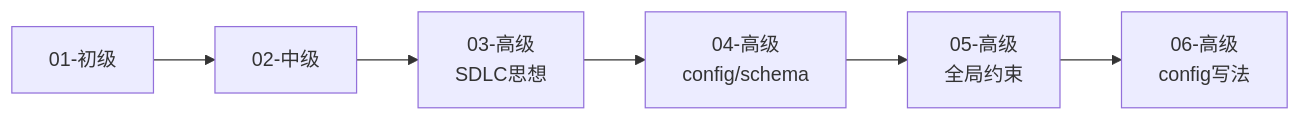
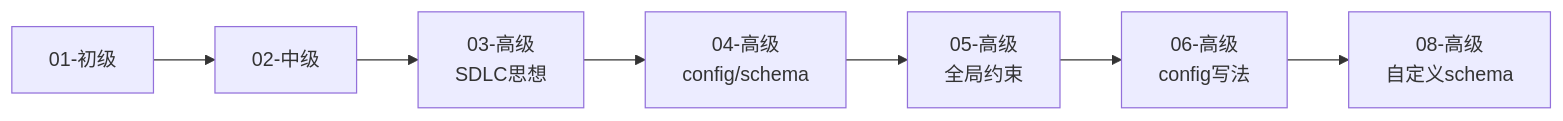
The second of 6 diagrams in _openspec_handbook/00-index.md (ethan-jiang-3/OpenSpec), drawn with Mermaid before and after one commit. The commit also changed other lines of this file and 1 other file, not shown here.

````diff
--- a/_openspec_handbook/00-index.md
+++ b/_openspec_handbook/00-index.md
@@ -101,6 +101,7 @@
 ```mermaid
 graph LR
     A[01-初级] --> B[02-中级] --> C[03-高级<br/>SDLC思想]
     C --> D[04-高级<br/>config/schema] --> E[05-高级<br/>全局约束]
     E --> F[06-高级<br/>config写法]
+    F --> G[08-高级<br/>自定义schema]
 ```
````
